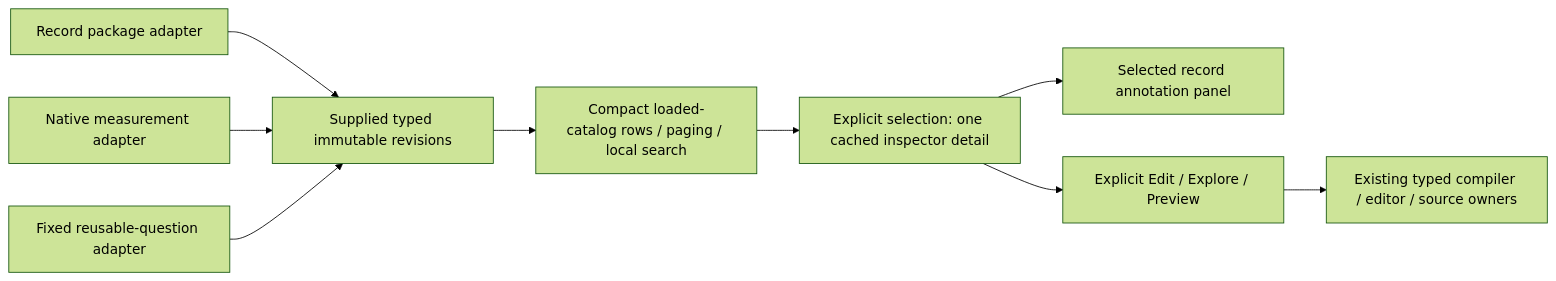
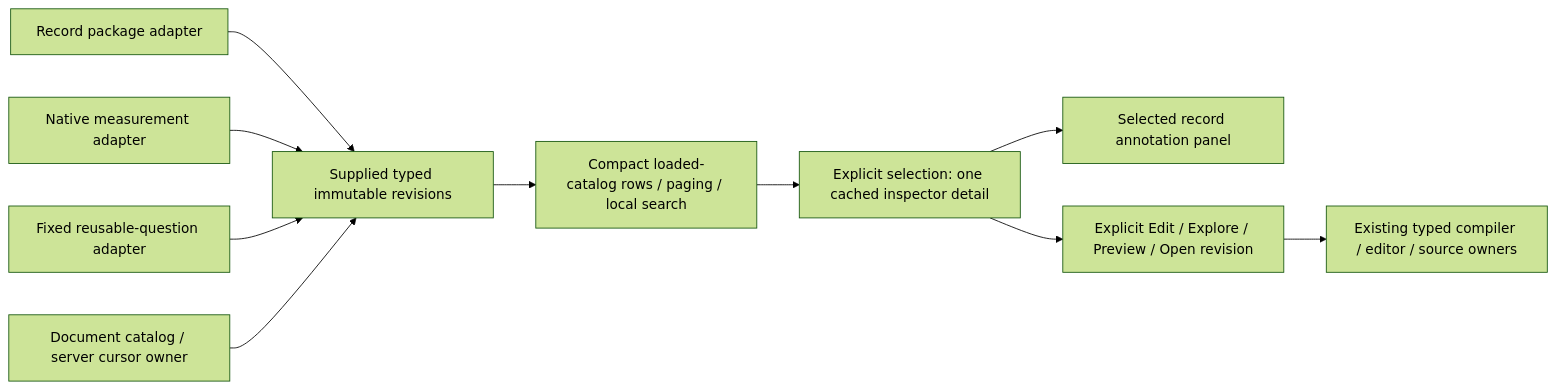
The diagram in docs/DEFINITION_LIBRARY.md (casselc/goo), drawn with Mermaid (forest theme) before and after one commit. The commit also changed other lines of this file and 23 other files, not shown here.

````diff
--- a/docs/DEFINITION_LIBRARY.md
+++ b/docs/DEFINITION_LIBRARY.md
@@ -27,11 +28,12 @@
 ```mermaid
 flowchart LR
   Records[Record package adapter] --> Data[Supplied typed immutable revisions]
   Native[Native measurement adapter] --> Data
   Fixed[Fixed reusable-question adapter] --> Data
+  Documents[Document catalog / server cursor owner] --> Data
   Data --> Rows[Compact loaded-catalog rows / paging / local search]
   Rows --> Inspect[Explicit selection: one cached inspector detail]
   Inspect --> Meaning[Selected record annotation panel]
-  Inspect --> Actions[Explicit Edit / Explore / Preview]
+  Inspect --> Actions[Explicit Edit / Explore / Preview / Open revision]
   Actions --> Owners[Existing typed compiler / editor / source owners]
 ```
````
